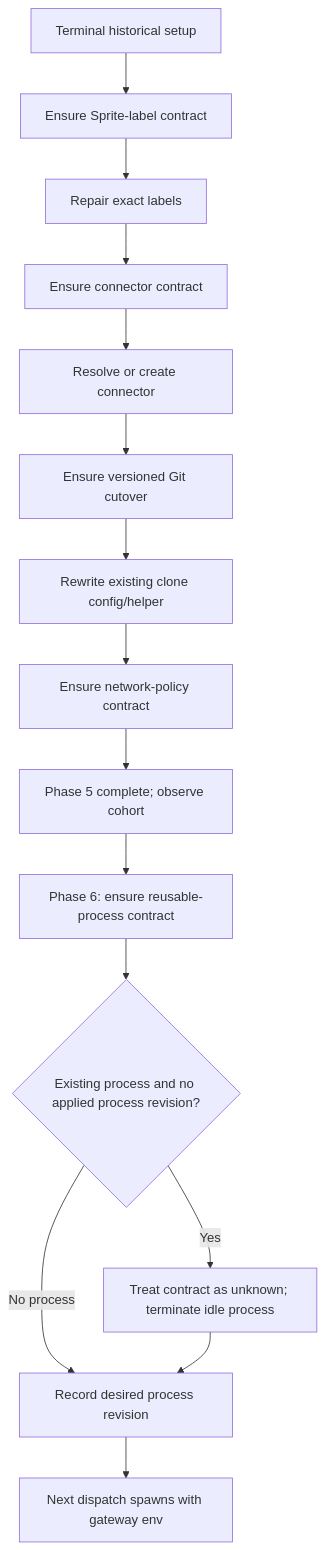
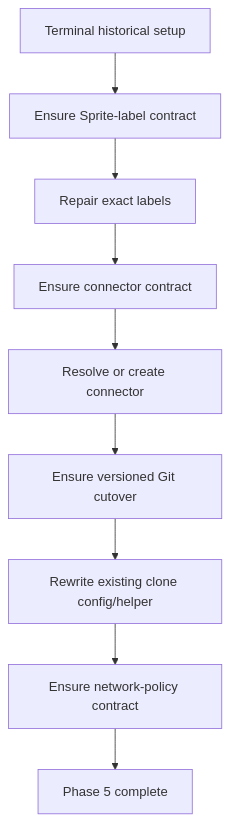
One commit to benedelstein/My-Machines changed the sixth of 6 diagrams in openspec/changes/add-session-migrations/design.md. Above: the diagram before and after it, drawn with Mermaid. The commit also changed other lines of this file and 3 other files, not shown here.

````diff
--- a/openspec/changes/add-session-migrations/design.md
+++ b/openspec/changes/add-session-migrations/design.md
@@ -1876,17 +1674,11 @@
 ```mermaid
 flowchart TD
     A["Terminal historical setup"] --> B["Ensure Sprite-label contract"]
     B --> C["Repair exact labels"]
     C --> D["Ensure connector contract"]
     D --> E["Resolve or create connector"]
     E --> F["Ensure versioned Git cutover"]
     F --> H1["Rewrite existing clone config/helper"]
     H1 --> H2["Ensure network-policy contract"]
-    H2 --> P5["Phase 5 complete; observe cohort"]
-    P5 --> G["Phase 6: ensure reusable-process contract"]
-    G --> H{"Existing process and no applied process revision?"}
-    H -- "Yes" --> I["Treat contract as unknown; terminate idle process"]
-    H -- "No process" --> J["Record desired process revision"]
-    I --> J
-    J --> K["Next dispatch spawns with gateway env"]
+    H2 --> P5["Phase 5 complete"]
 ```
````
